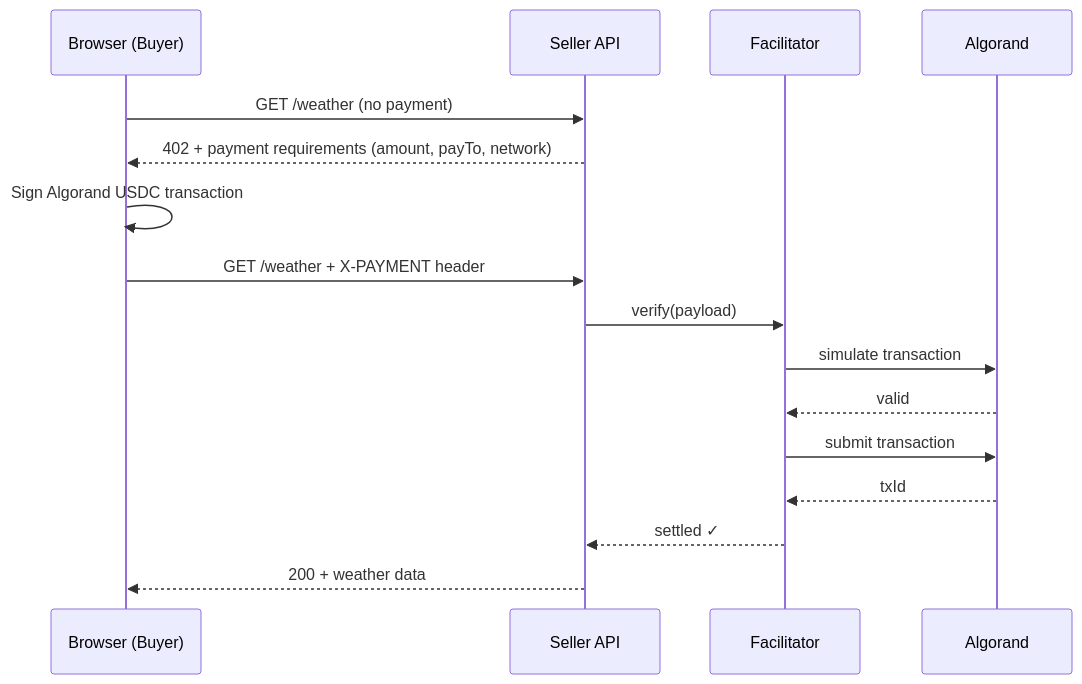
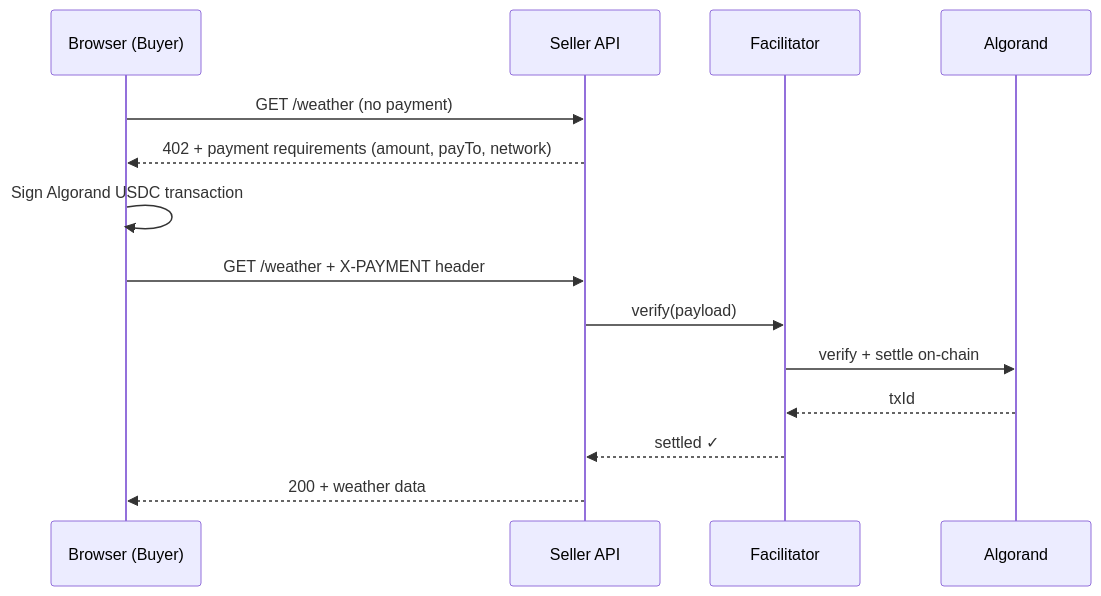
The diagram in README.md (camohe90/x402), drawn with Mermaid before and after one commit.

Commit message:
simplify payment flow diagram: collapse simulate+submit into one step

````diff
--- a/README.md
+++ b/README.md
@@ -144,19 +144,17 @@
 ```mermaid
 sequenceDiagram
     participant B as Browser (Buyer)
     participant S as Seller API
     participant F as Facilitator
     participant A as Algorand
 
     B->>S: GET /weather (no payment)
     S-->>B: 402 + payment requirements (amount, payTo, network)
     B->>B: Sign Algorand USDC transaction
     B->>S: GET /weather + X-PAYMENT header
     S->>F: verify(payload)
-    F->>A: simulate transaction
-    A-->>F: valid
-    F->>A: submit transaction
+    F->>A: verify + settle on-chain
     A-->>F: txId
     F-->>S: settled ✓
     S-->>B: 200 + weather data
 ```
````
